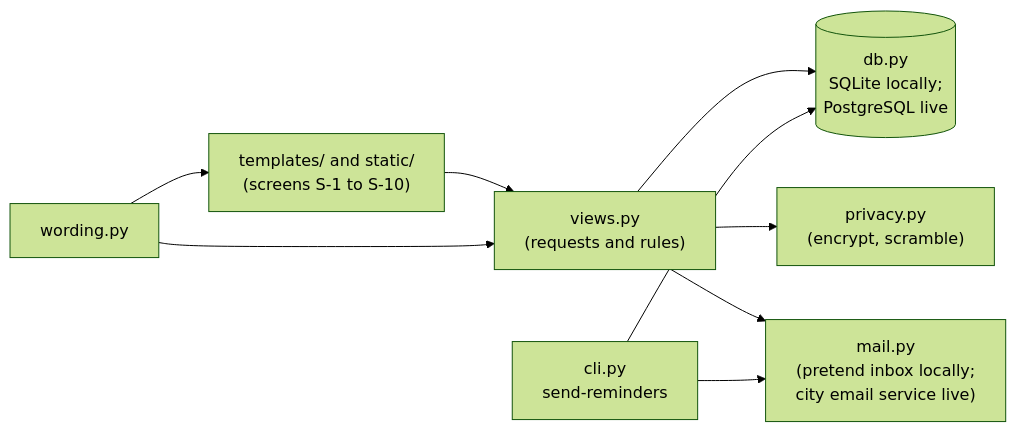
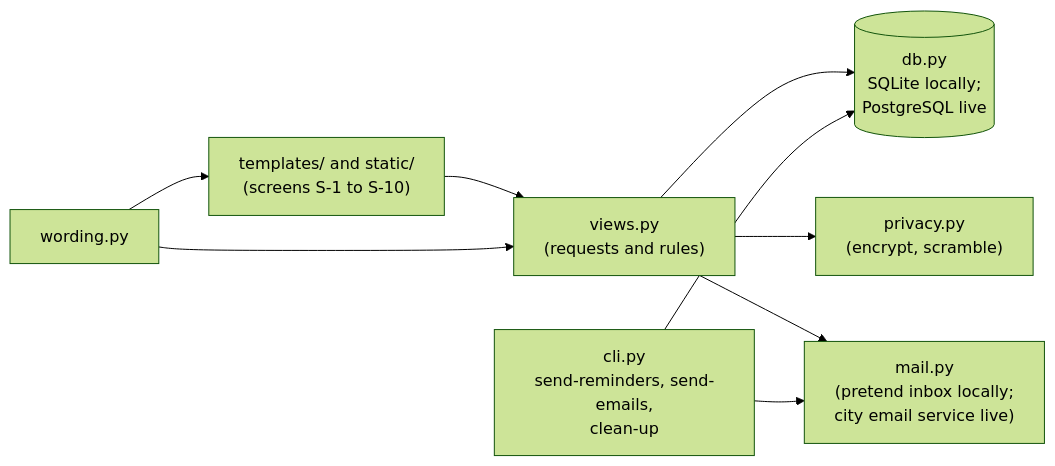
The diagram in samples/BeautifulBeachParkVolunteers/docs/d08-02-developer-guide.md (b0ts/ai_assisted_sdlc_workflow), drawn with Mermaid (forest theme) before and after one commit. The commit also changed other lines of this file and 90 other files, not shown here.

````diff
--- a/samples/BeautifulBeachParkVolunteers/docs/d08-02-developer-guide.md
+++ b/samples/BeautifulBeachParkVolunteers/docs/d08-02-developer-guide.md
@@ -37,11 +37,11 @@
 ```mermaid
 flowchart LR
     P["templates/ and static/<br/>(screens S-1 to S-10)"] --> S["views.py<br/>(requests and rules)"]
     S --> D[("db.py<br/>SQLite locally;<br/>PostgreSQL live")]
-    J["cli.py<br/>send-reminders"] --> D
+    J["cli.py<br/>send-reminders, send-emails,<br/>clean-up"] --> D
     S --> V["privacy.py<br/>(encrypt, scramble)"]
     S --> M["mail.py<br/>(pretend inbox locally;<br/>city email service live)"]
     J --> M
     W["wording.py"] --> P
     W --> S
 ```
````
